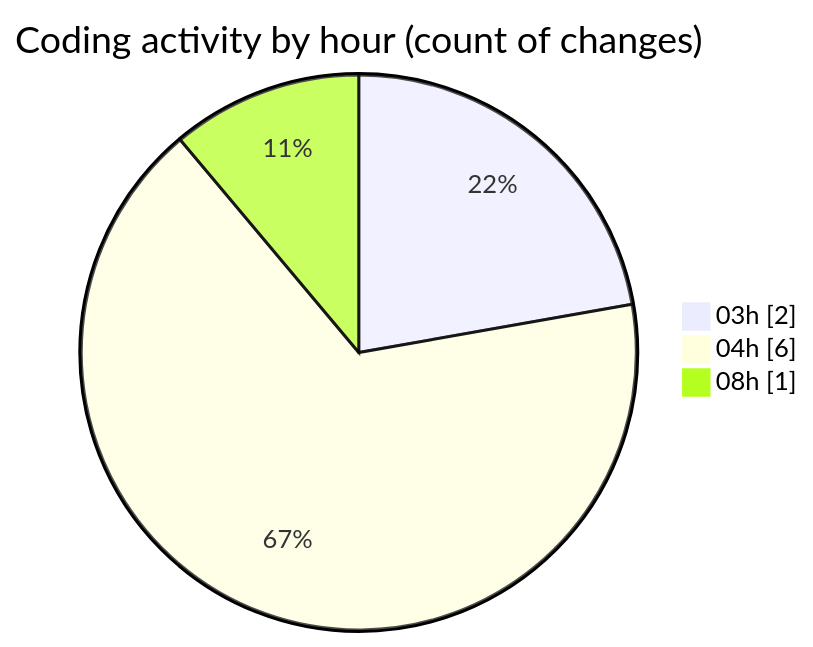
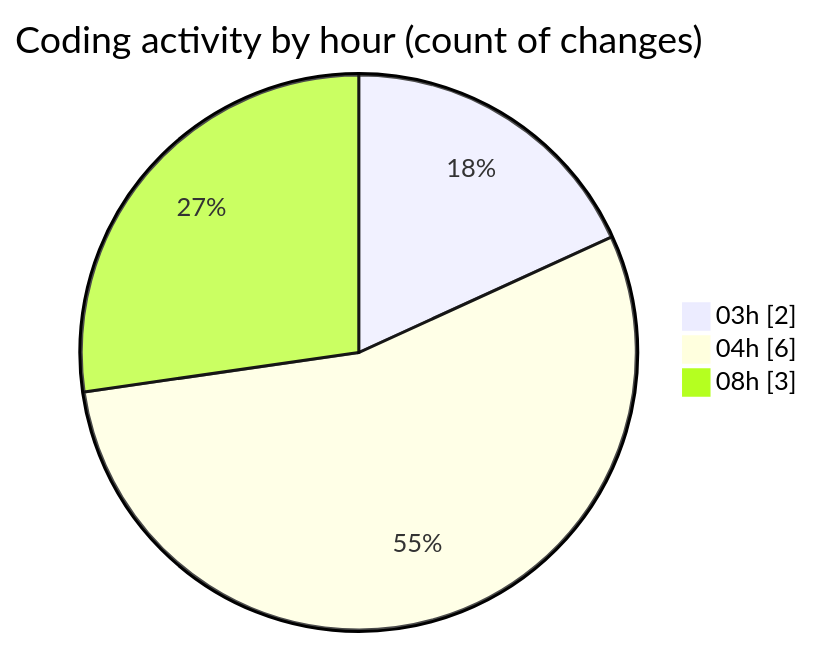
One commit to tmsrecording-cyber/code-tracking changed the second of 2 diagrams in 2026-02-07/singularitybrainai/README.md. Above: the diagram before and after it, drawn with Mermaid. The commit also changed other lines of this file and 1 other file, not shown here.

````diff
--- a/2026-02-07/singularitybrainai/README.md
+++ b/2026-02-07/singularitybrainai/README.md
@@ -30,7 +30,7 @@
 ```mermaid
 pie showData
 title Coding activity by hour (count of changes)
 "03h" : 2
 "04h" : 6
-"08h" : 1
+"08h" : 3
 ```
````
